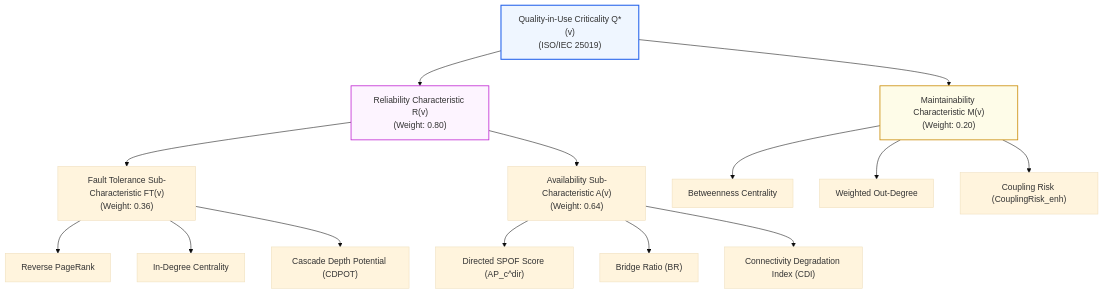
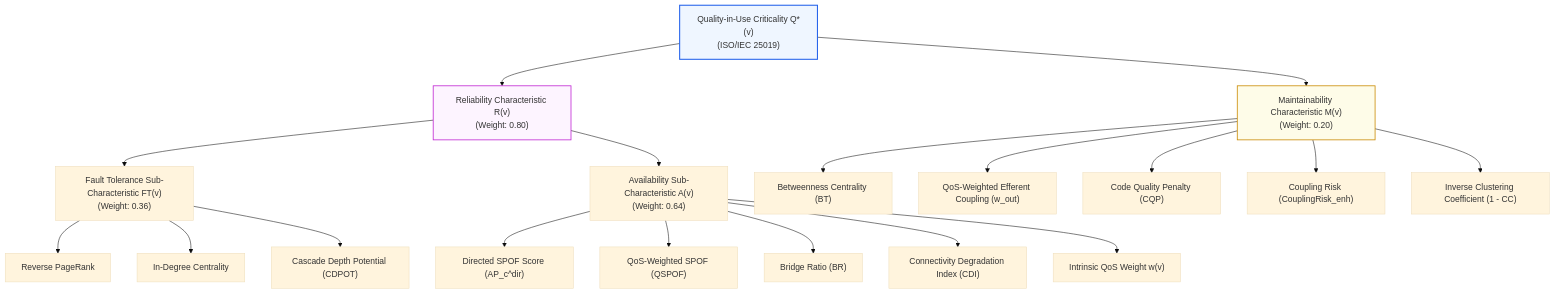
Before and after one commit to onuralpyigit/software-as-a-graph: the second of 5 diagrams in docs/diagnosis.md, drawn with Mermaid (base theme). The commit also changed other lines of this file and 5 other files, not shown here.

````diff
--- a/docs/diagnosis.md
+++ b/docs/diagnosis.md
@@ -158,25 +218,29 @@
 ```mermaid
 graph TD
     QIU["Quality-in-Use Criticality Q*(v)<br>(ISO/IEC 25019)"]
     QIU --> R["Reliability Characteristic R(v)<br>(Weight: 0.80)"]
     QIU --> M["Maintainability Characteristic M(v)<br>(Weight: 0.20)"]
 
     R --> FT["Fault Tolerance Sub-Characteristic FT(v)<br>(Weight: 0.36)"]
     R --> A["Availability Sub-Characteristic A(v)<br>(Weight: 0.64)"]
 
     FT --> RPR["Reverse PageRank"]
     FT --> IN["In-Degree Centrality"]
     FT --> CDPOT["Cascade Depth Potential (CDPOT)"]
 
     A --> SPOF["Directed SPOF Score (AP_c^dir)"]
+    A --> QSPOF["QoS-Weighted SPOF (QSPOF)"]
     A --> BR["Bridge Ratio (BR)"]
     A --> CDI["Connectivity Degradation Index (CDI)"]
+    A --> WV["Intrinsic QoS Weight w(v)"]
 
-    M --> BTW["Betweenness Centrality"]
-    M --> WOUT["Weighted Out-Degree"]
+    M --> BTW["Betweenness Centrality (BT)"]
+    M --> WOUT["QoS-Weighted Efferent Coupling (w_out)"]
+    M --> CQP["Code Quality Penalty (CQP)"]
     M --> CR["Coupling Risk (CouplingRisk_enh)"]
+    M --> CC["Inverse Clustering Coefficient (1 - CC)"]
 
     style QIU fill:#eff6ff,stroke:#2563eb,stroke-width:2px
     style R fill:#fdf4ff,stroke:#c026d3,stroke-width:1.5px
     style M fill:#fefce8,stroke:#ca8a04,stroke-width:1.5px
 ```
````
